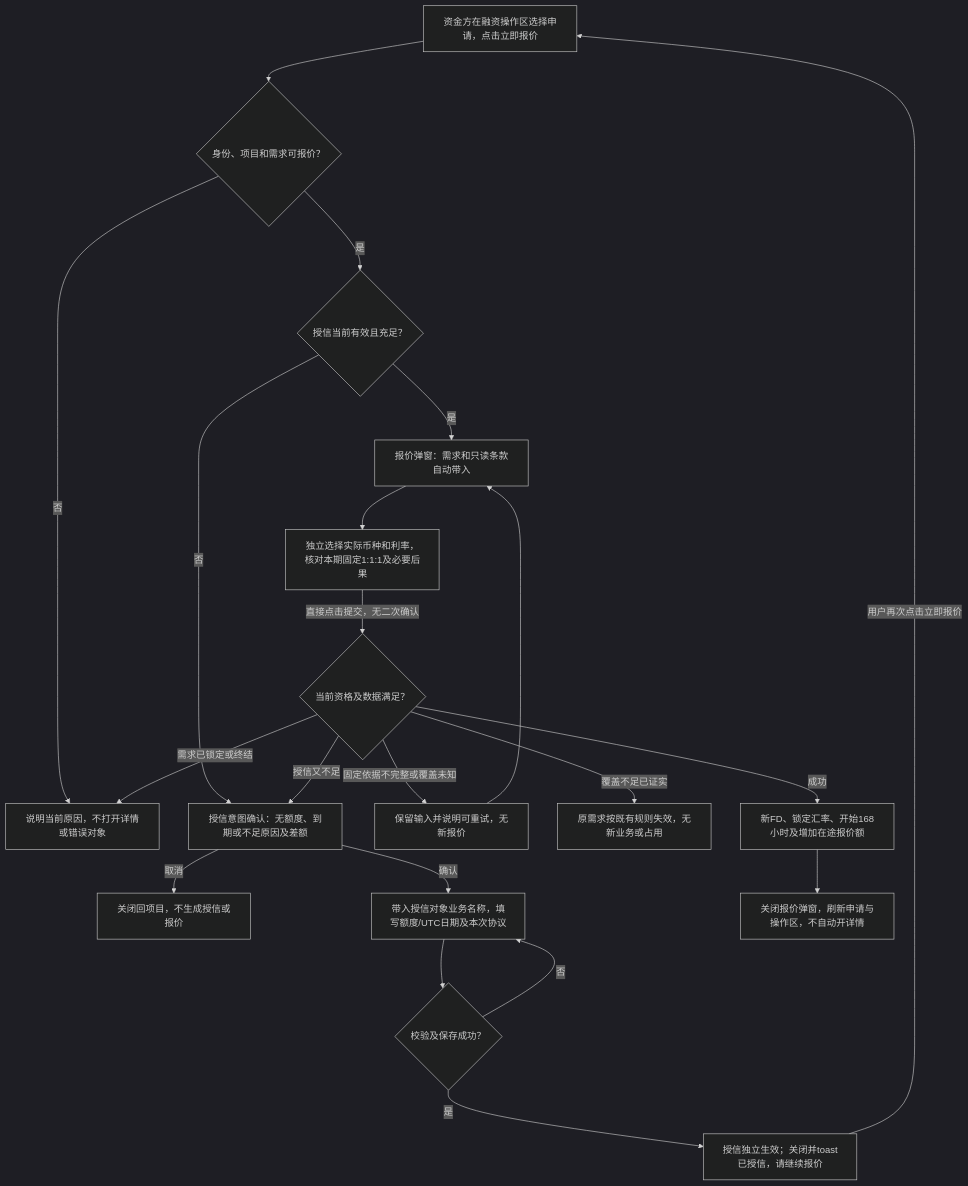
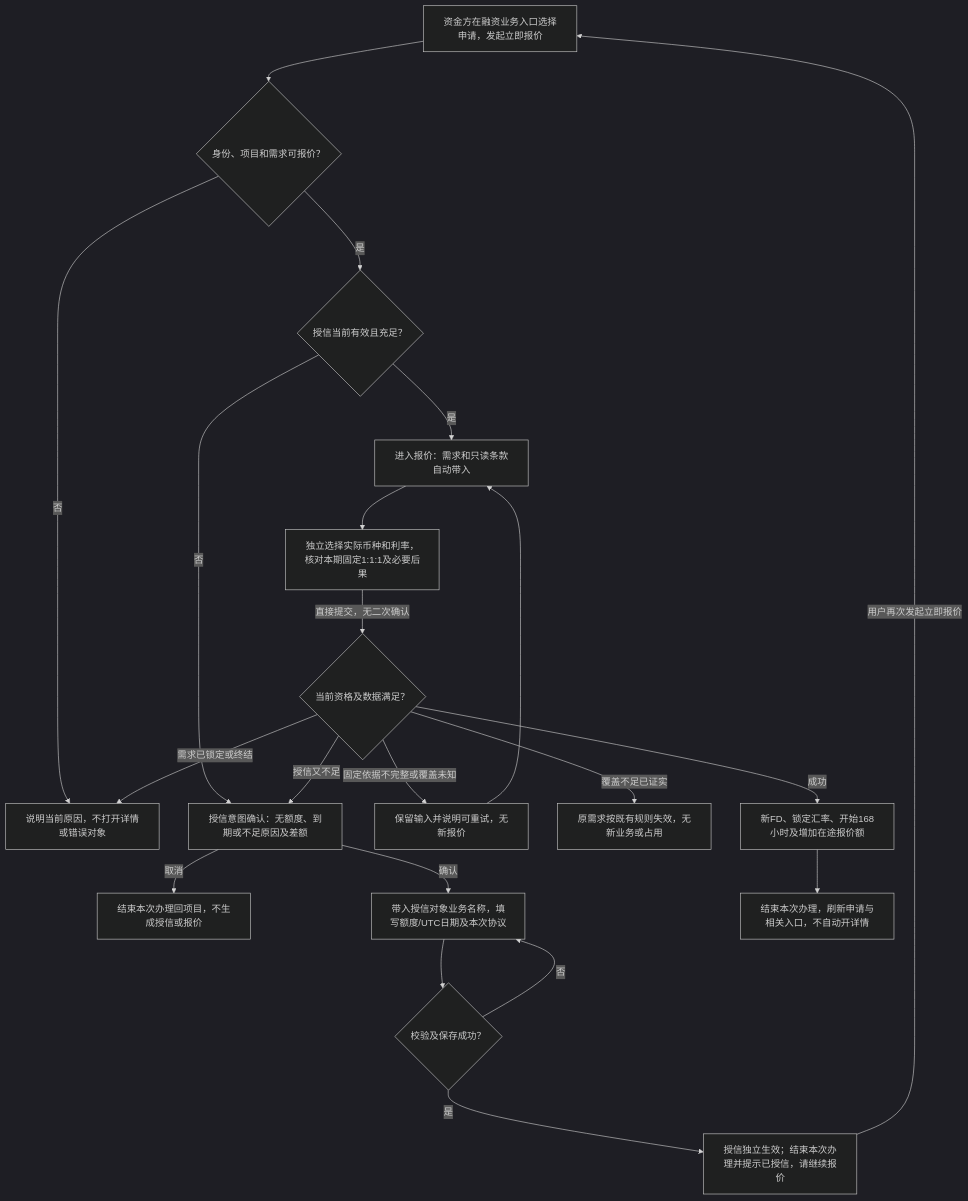
The first of 8 diagrams in lending-platform/PRD/v1.0-借贷广场-授信报价与接受拒绝/02-授信报价与接受拒绝-流程图与状态机.md (wxblockchain/Chain-Financing), drawn with Mermaid (dark theme) before and after one commit. The commit also changed other lines of this file and 4 other files, not shown here.

````diff
--- a/lending-platform/PRD/v1.0-借贷广场-授信报价与接受拒绝/02-授信报价与接受拒绝-流程图与状态机.md
+++ b/lending-platform/PRD/v1.0-借贷广场-授信报价与接受拒绝/02-授信报价与接受拒绝-流程图与状态机.md
@@ -12,23 +12,23 @@
 ```mermaid
 flowchart TD
-  A[资金方在融资操作区选择申请，点击立即报价] --> B{身份、项目和需求可报价？}
+  A[资金方在融资业务入口选择申请，发起立即报价] --> B{身份、项目和需求可报价？}
   B -->|否| X[说明当前原因，不打开详情或错误对象]
   B -->|是| C{授信当前有效且充足？}
   C -->|否| D[授信意图确认：无额度、到期或不足原因及差额]
-  D -->|取消| E[关闭回项目，不生成授信或报价]
+  D -->|取消| E[结束本次办理回项目，不生成授信或报价]
   D -->|确认| F[带入授信对象业务名称，填写额度/UTC日期及本次协议]
   F --> G{校验及保存成功？}
   G -->|否| F
-  G -->|是| H[授信独立生效；关闭并toast已授信，请继续报价]
-  H -->|用户再次点击立即报价| A
-  C -->|是| Q[报价弹窗：需求和只读条款自动带入]
+  G -->|是| H[授信独立生效；结束本次办理并提示已授信，请继续报价]
+  H -->|用户再次发起立即报价| A
+  C -->|是| Q[进入报价：需求和只读条款自动带入]
   Q --> R[独立选择实际币种和利率，核对本期固定1:1:1及必要后果]
-  R -->|直接点击提交，无二次确认| S{当前资格及数据满足？}
+  R -->|直接提交，无二次确认| S{当前资格及数据满足？}
   S -->|固定依据不完整或覆盖未知| U[保留输入并说明可重试，无新报价]
   U --> Q
   S -->|覆盖不足已证实| V[原需求按既有规则失效，无新业务或占用]
   S -->|需求已锁定或终结| X
   S -->|授信又不足| D
   S -->|成功| W[新FD、锁定汇率、开始168小时及增加在途报价额]
-  W --> Z[关闭报价弹窗，刷新申请与操作区，不自动开详情]
+  W --> Z[结束本次办理，刷新申请与相关入口，不自动开详情]
 ```
````
